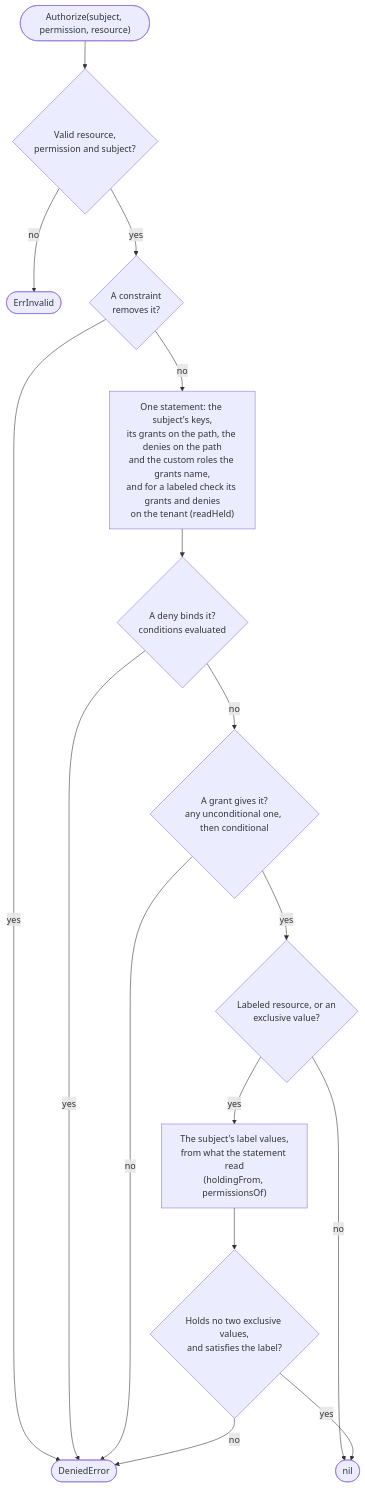
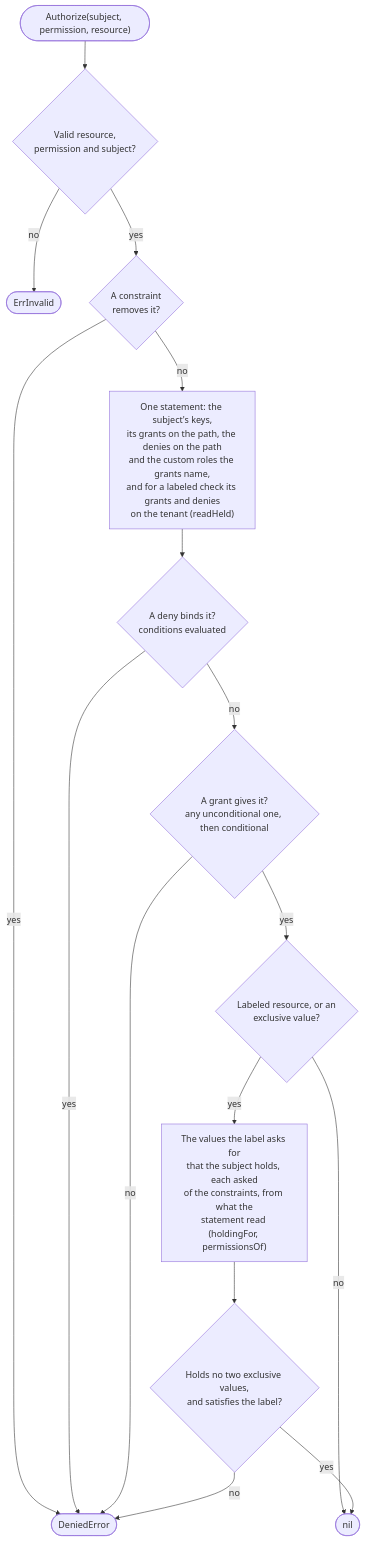
The sixth of 13 diagrams in docs/architecture.md (parallelworks/rbac), drawn with Mermaid before and after one commit. The commit also changed other lines of this file and 7 other files, not shown here.

Commit message:
fix: a check of a labeled resource asks the constraints about every label value the subject holds, and fails when a hook fails on a value its label doesn't name (#78)

````diff
--- a/docs/architecture.md
+++ b/docs/architecture.md
@@ -308,18 +308,18 @@
 ```mermaid
 flowchart TB
     start(["Authorize(subject, permission, resource)"]) --> valid{"Valid resource,<br/>permission and subject?"}
     valid -->|no| invalid(["ErrInvalid"])
     valid -->|yes| cons{"A constraint<br/>removes it?"}
     cons -->|yes| refused(["DeniedError"])
     cons -->|no| read["One statement: the subject's keys,<br/>its grants on the path, the denies on the path<br/>and the custom roles the grants name,<br/>and for a labeled check its grants and denies<br/>on the tenant (readHeld)"]
     read --> deny{"A deny binds it?<br/>conditions evaluated"}
     deny -->|yes| refused
     deny -->|no| grant{"A grant gives it?<br/>any unconditional one, then conditional"}
     grant -->|no| refused
     grant -->|yes| asks{"Labeled resource, or an<br/>exclusive value?"}
     asks -->|no| allowed(["nil"])
-    asks -->|yes| holding["The subject's label values,<br/>from what the statement read<br/>(holdingFrom, permissionsOf)"]
+    asks -->|yes| holding["The values the label asks for<br/>that the subject holds, each asked<br/>of the constraints, from what the<br/>statement read (holdingFor, permissionsOf)"]
     holding --> sat{"Holds no two exclusive values,<br/>and satisfies the label?"}
     sat -->|yes| allowed
     sat -->|no| refused
 ```
````
